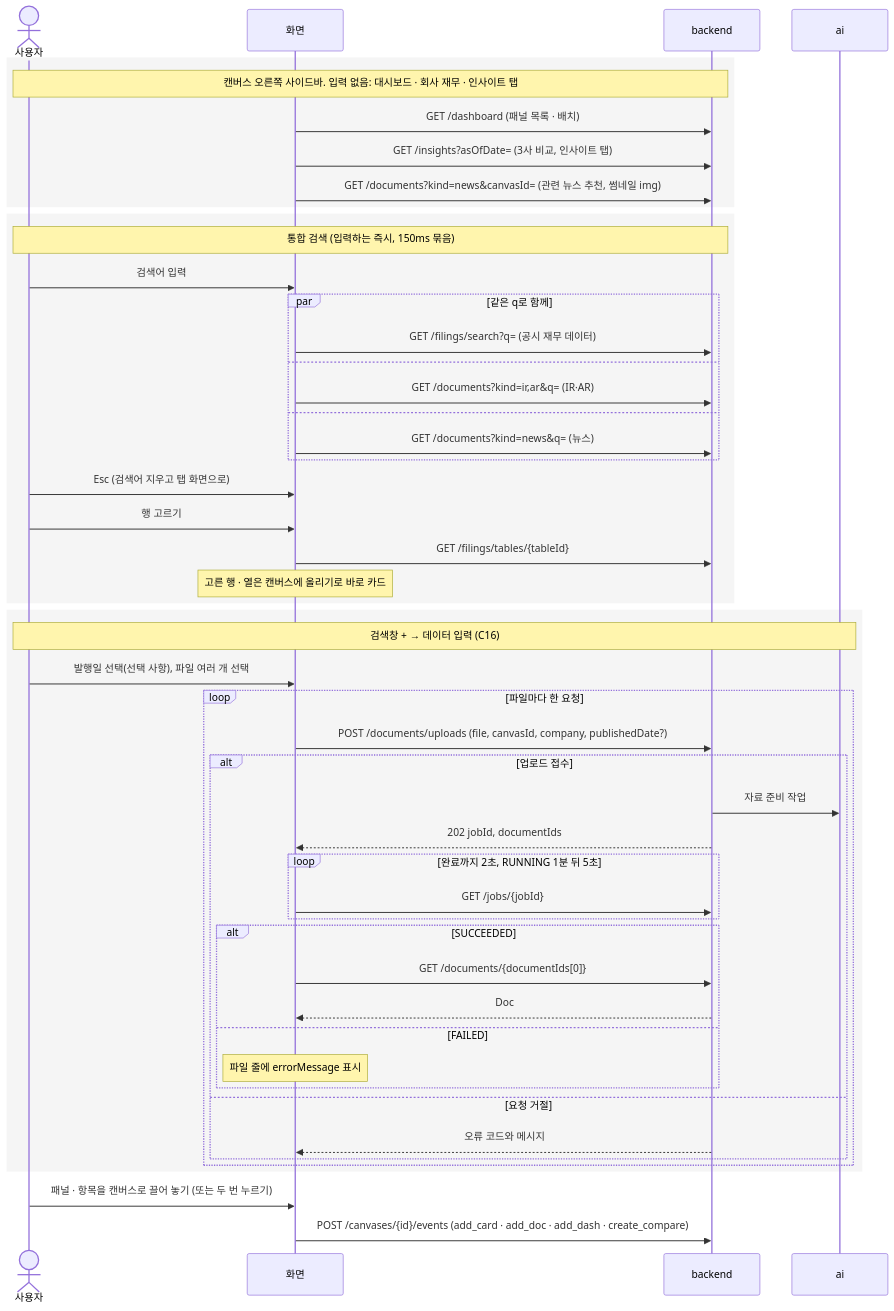
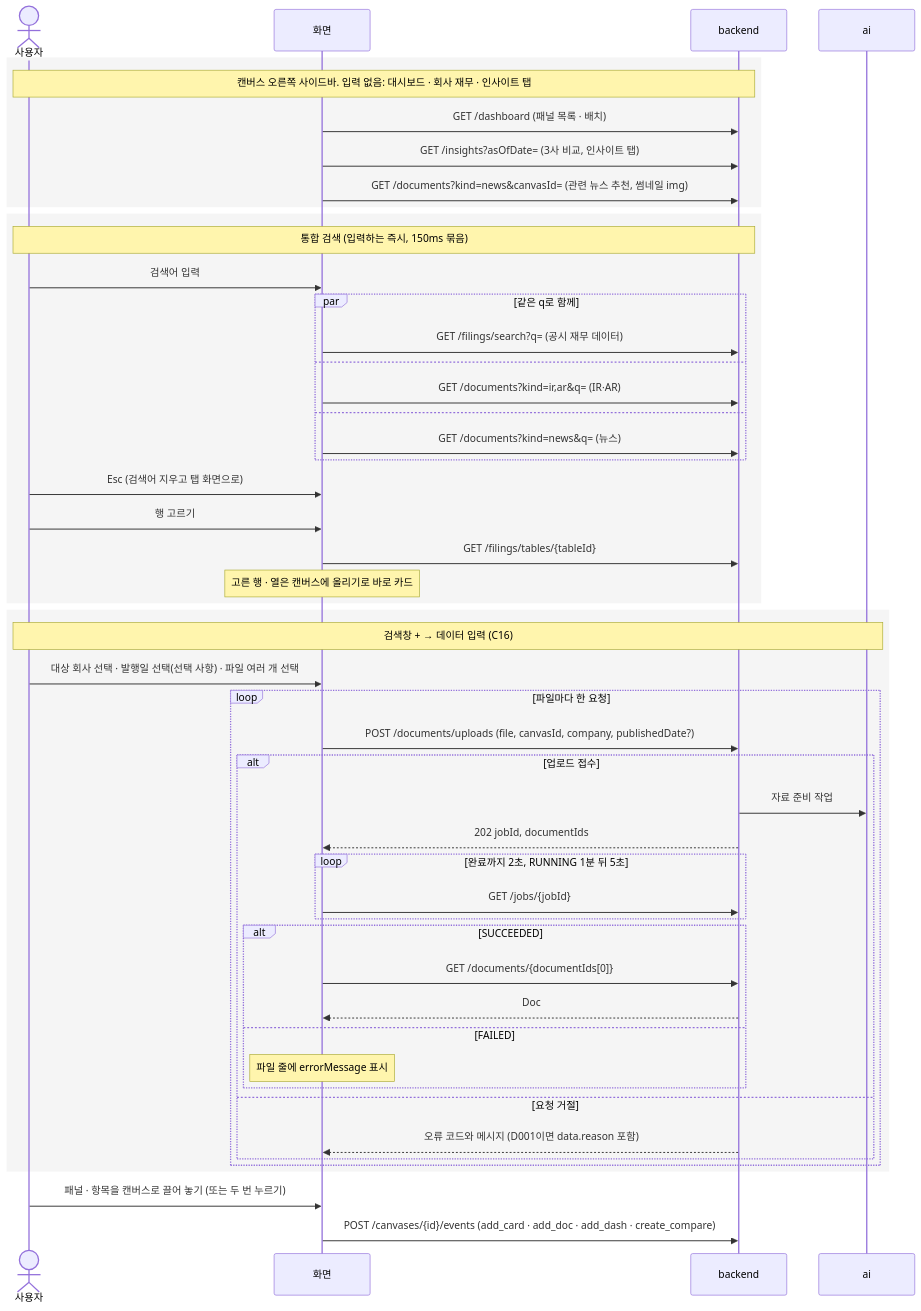
Before and after one commit to vamos-team/telescope: the sixth of 8 diagrams in docs/frontend/api-diagram.md, drawn with Mermaid. The commit also changed 9 other files, not shown here.

````diff
--- a/docs/frontend/api-diagram.md
+++ b/docs/frontend/api-diagram.md
@@ -158,56 +158,56 @@
 ```mermaid
 sequenceDiagram
   actor U as 사용자
   participant F as 화면
   participant B as backend
   participant A as ai
 
   rect rgba(128,128,128,0.08)
   Note over U,B: 캔버스 오른쪽 사이드바. 입력 없음: 대시보드 · 회사 재무 · 인사이트 탭
   F->>B: GET /dashboard (패널 목록 · 배치)
   F->>B: GET /insights?asOfDate= (3사 비교, 인사이트 탭)
   F->>B: GET /documents?kind=news&canvasId= (관련 뉴스 추천, 썸네일 img)
   end
 
   rect rgba(128,128,128,0.08)
   Note over U,B: 통합 검색 (입력하는 즉시, 150ms 묶음)
   U->>F: 검색어 입력
   par 같은 q로 함께
     F->>B: GET /filings/search?q= (공시 재무 데이터)
   and
     F->>B: GET /documents?kind=ir,ar&q= (IR·AR)
   and
     F->>B: GET /documents?kind=news&q= (뉴스)
   end
   U->>F: Esc (검색어 지우고 탭 화면으로)
   U->>F: 행 고르기
   F->>B: GET /filings/tables/{tableId}
   Note over F: 고른 행 · 열은 캔버스에 올리기로 바로 카드
   end
 
   rect rgba(128,128,128,0.08)
   Note over U,A: 검색창 + → 데이터 입력 (C16)
-  U->>F: 발행일 선택(선택 사항), 파일 여러 개 선택
+  U->>F: 대상 회사 선택 · 발행일 선택(선택 사항) · 파일 여러 개 선택
   loop 파일마다 한 요청
     F->>B: POST /documents/uploads (file, canvasId, company, publishedDate?)
     alt 업로드 접수
       B->>A: 자료 준비 작업
       B-->>F: 202 jobId, documentIds
       loop 완료까지 2초, RUNNING 1분 뒤 5초
         F->>B: GET /jobs/{jobId}
       end
       alt SUCCEEDED
         F->>B: GET /documents/{documentIds[0]}
         B-->>F: Doc
       else FAILED
         Note over F: 파일 줄에 errorMessage 표시
       end
     else 요청 거절
-      B-->>F: 오류 코드와 메시지
+      B-->>F: 오류 코드와 메시지 (D001이면 data.reason 포함)
     end
   end
   end
 
   U->>F: 패널 · 항목을 캔버스로 끌어 놓기 (또는 두 번 누르기)
   F->>B: POST /canvases/{id}/events (add_card · add_doc · add_dash · create_compare)
 ```
````
